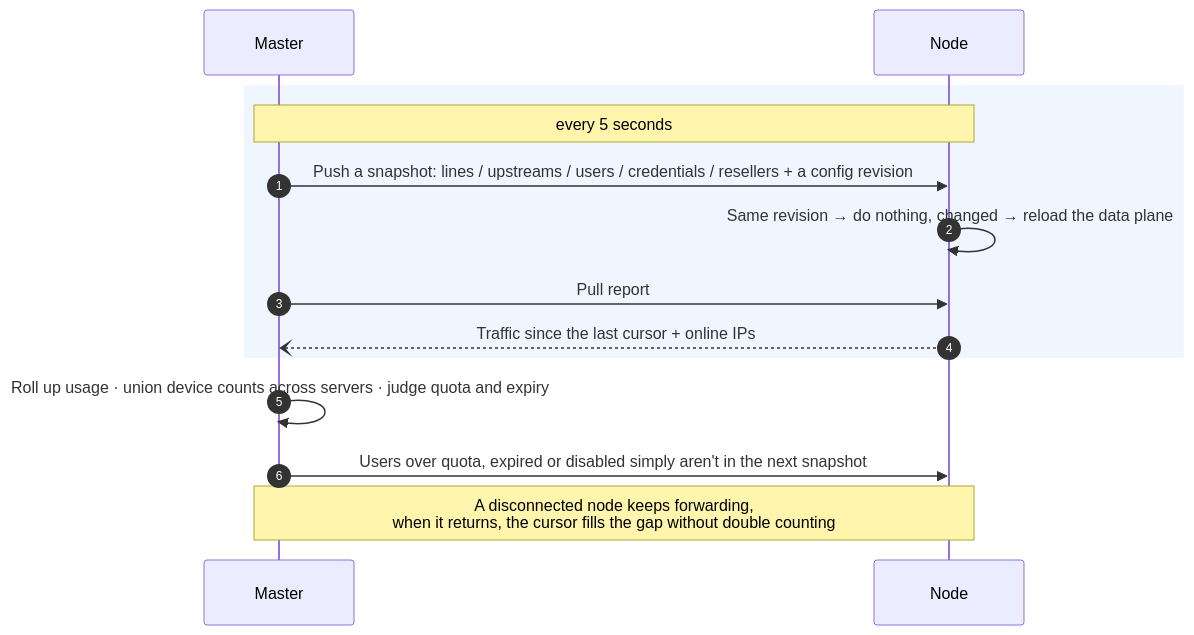
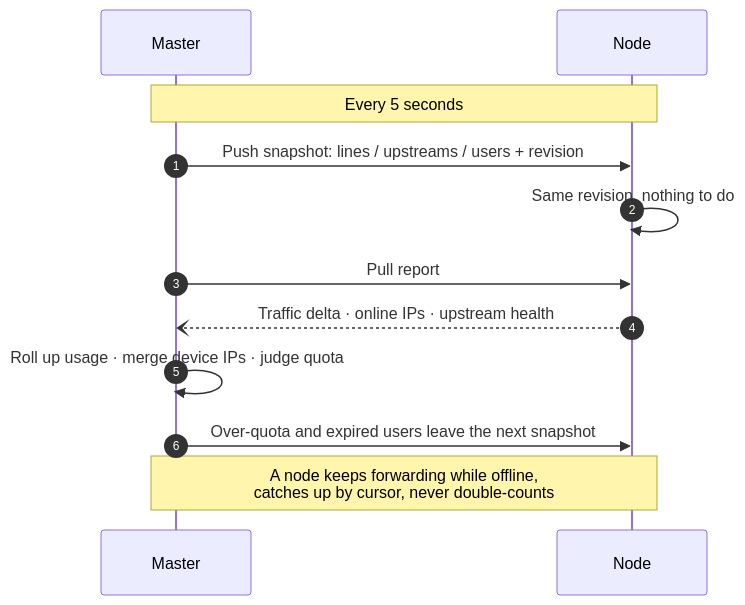
The fourth of 5 diagrams in README.en.md (Maoyangui/m-ui), drawn with Mermaid before and after one commit. The commit also changed other lines of this file and 1 other file, not shown here.

Commit message:
README 架构图重画:五张图在 GitHub 上原来有两张会被压到 67% 和 82%,文字跟着缩小到看不清 —— 图一从三列横排改成分层,图二把干跑用的解析器和运行中的数据面合成一个 sing-box(本来就是同一个),现在五张全部在正文宽度内按原尺寸渲染。配色改成每个节点都显式给底色与字色(深底白字、浅底近黑字),不再依赖主题默认值,GitHub 明暗两种主题下都够对比;去掉顺序图里那块近白色的 rect,它在深色模式下就是白底白字。内容一并更新:副机报告里加上上游巡检结果,数据模型标出分配可细到某台服务器、代理有用户数上限,后台节奏补上每小时清理日志与按设置巡检上游

````diff
--- a/README.en.md
+++ b/README.en.md
@@ -174,17 +182,15 @@
 ```mermaid
 sequenceDiagram
   autonumber
   participant M as Master
   participant N as Node
 
-  rect rgb(239, 246, 255)
-    Note over M,N: every 5 seconds
-    M->>N: Push a snapshot: lines / upstreams / users / credentials / resellers + a config revision
-    N->>N: Same revision → do nothing, changed → reload the data plane
-    M->>N: Pull report
-    N--)M: Traffic since the last cursor + online IPs
-  end
-  M->>M: Roll up usage · union device counts across servers · judge quota and expiry
-  M->>N: Users over quota, expired or disabled simply aren't in the next snapshot
-  Note over M,N: A disconnected node keeps forwarding,<br/>when it returns, the cursor fills the gap without double counting
+  Note over M,N: Every 5 seconds
+  M->>N: Push snapshot: lines / upstreams / users + revision
+  N->>N: Same revision, nothing to do
+  M->>N: Pull report
+  N--)M: Traffic delta · online IPs · upstream health
+  M->>M: Roll up usage · merge device IPs · judge quota
+  M->>N: Over-quota and expired users leave the next snapshot
+  Note over M,N: A node keeps forwarding while offline,<br/>catches up by cursor, never double-counts
 ```
````
